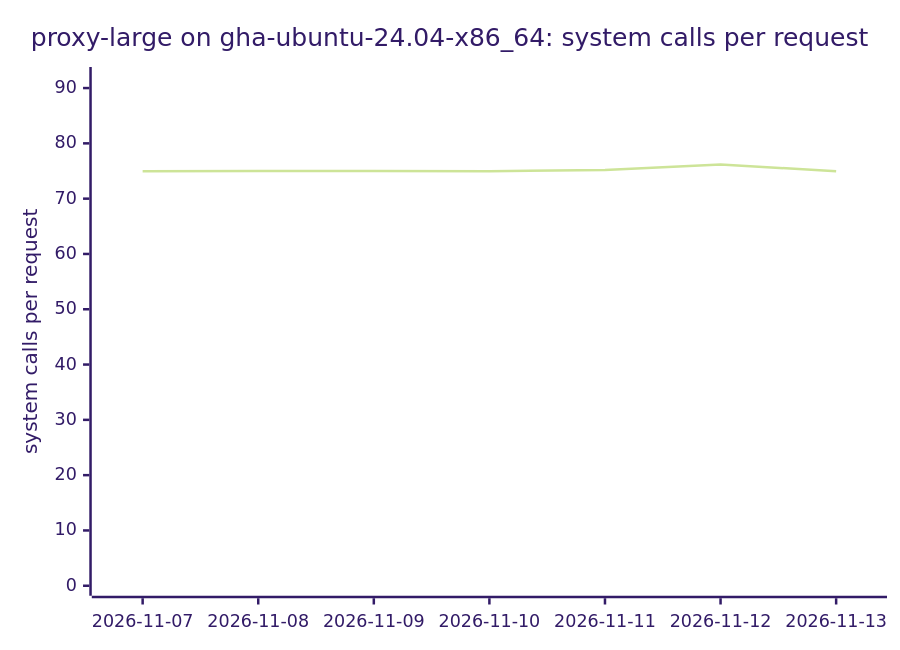
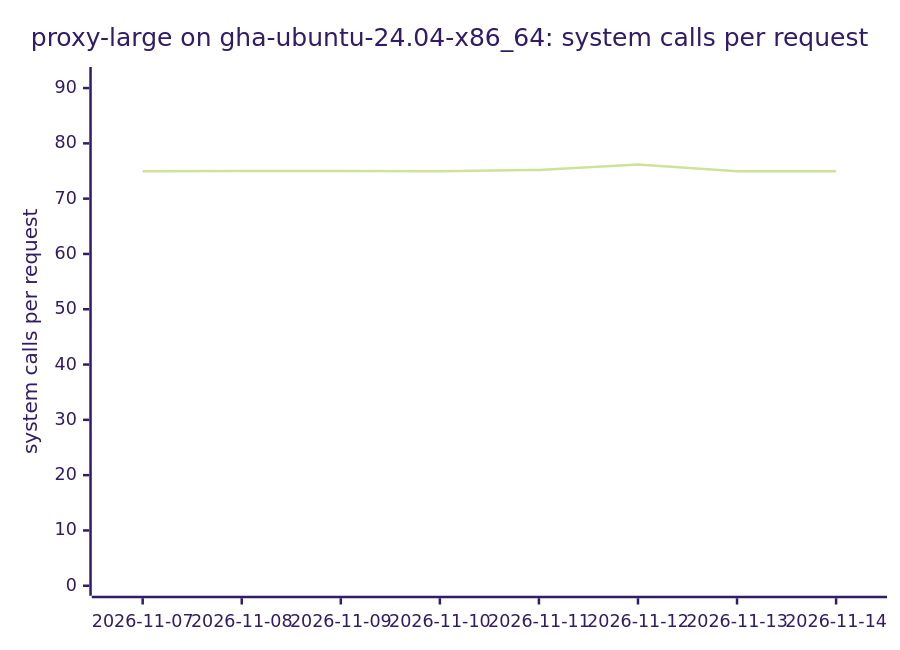
Diagram 15 of 18 in BENCHMARKS.md (ThePixelPilgrim/durchlauferhitzer), drawn with Mermaid (forest theme) before and after one commit. The commit also changed other lines of this file and 1 other file, not shown here.

````diff
--- a/BENCHMARKS.md
+++ b/BENCHMARKS.md
@@ -168,7 +168,7 @@
 ```mermaid
 xychart-beta
   title "proxy-large on gha-ubuntu-24.04-x86_64: system calls per request"
-  x-axis ["2026-11-07", "2026-11-08", "2026-11-09", "2026-11-10", "2026-11-11", "2026-11-12", "2026-11-13"]
+  x-axis ["2026-11-07", "2026-11-08", "2026-11-09", "2026-11-10", "2026-11-11", "2026-11-12", "2026-11-13", "2026-11-14"]
   y-axis "system calls per request" 0 --> 92
-  line [74.97, 74.98, 74.98, 74.97, 75.19, 76.18, 74.97]
+  line [74.97, 74.98, 74.98, 74.97, 75.19, 76.18, 74.97, 74.97]
 ```
````
